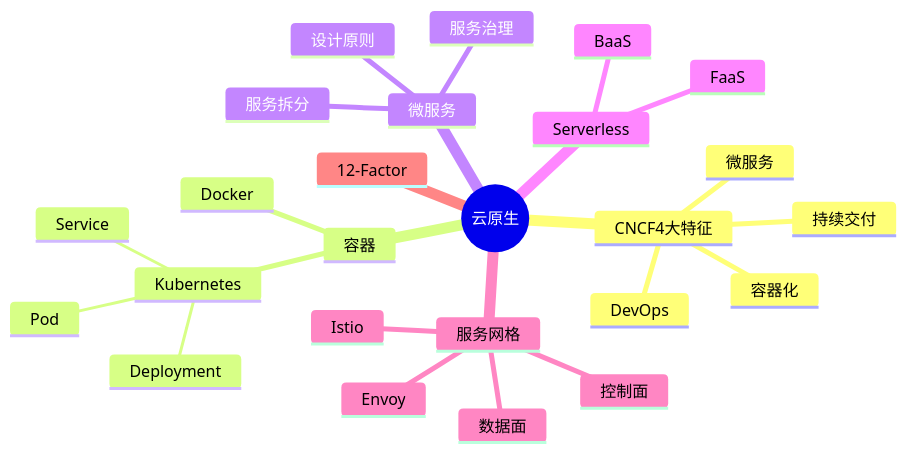
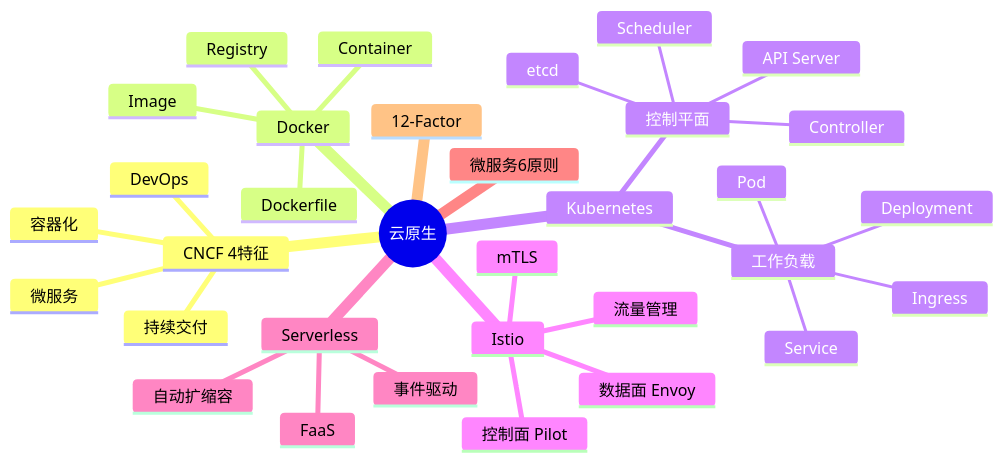
Before and after one commit to wanlinruo/system-architect-exam-prep: the diagram in 02-案例分析/04-云原生架构设计.md, drawn with Mermaid. The commit also changed other lines of this file, not shown here.

````diff
--- a/02-案例分析/04-云原生架构设计.md
+++ b/02-案例分析/04-云原生架构设计.md
@@ -46,28 +53,36 @@
 ```mermaid
 mindmap
   root((云原生))
-    CNCF4大特征
+    CNCF 4特征
       容器化
       微服务
       DevOps
       持续交付
-    容器
-      Docker
-      Kubernetes
+    Docker
+      Image
+      Container
+      Registry
+      Dockerfile
+    Kubernetes
+      控制平面
+        API Server
+        etcd
+        Scheduler
+        Controller
+      工作负载
         Pod
+        Deployment
         Service
-        Deployment
-    微服务
-      设计原则
-      服务拆分
-      服务治理
+        Ingress
+    Istio
+      数据面 Envoy
+      控制面 Pilot
+      流量管理
+      mTLS
     Serverless
       FaaS
-      BaaS
-    服务网格
-      Istio
-      Envoy
-      数据面
-      控制面
+      事件驱动
+      自动扩缩容
+    微服务6原则
     12-Factor
 ```
````
